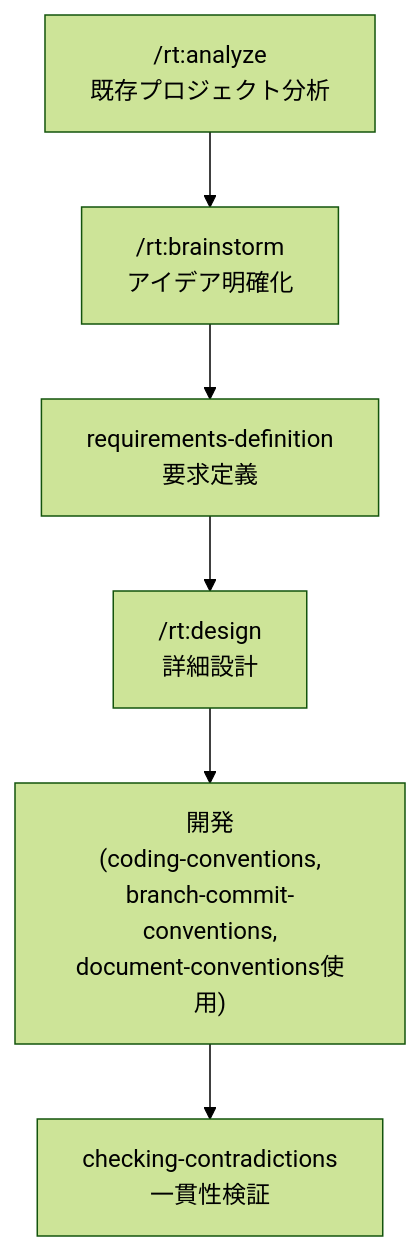
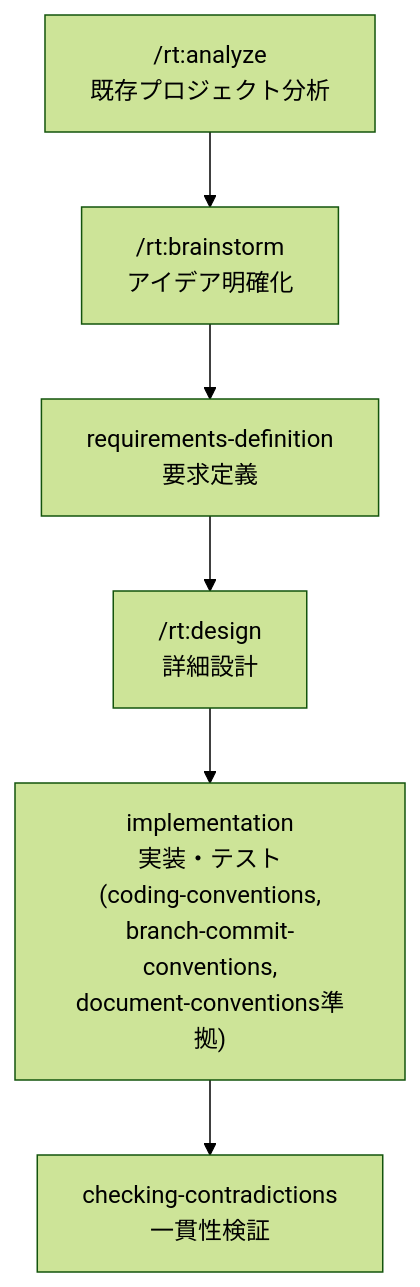
The diagram in README.md (RevTechStudio/PluginMarketplace), drawn with Mermaid (forest theme) before and after one commit. The commit also changed other lines of this file and 3 other files, not shown here.

````diff
--- a/README.md
+++ b/README.md
@@ -63,8 +64,8 @@
 ```mermaid
 graph TD
     A["/rt:analyze<br/>既存プロジェクト分析"] --> B["/rt:brainstorm<br/>アイデア明確化"]
     B --> C["requirements-definition<br/>要求定義"]
     C --> D["/rt:design<br/>詳細設計"]
-    D --> E["開発<br/>(coding-conventions,<br/>branch-commit-conventions,<br/>document-conventions使用)"]
+    D --> E["implementation<br/>実装・テスト<br/>(coding-conventions,<br/>branch-commit-conventions,<br/>document-conventions準拠)"]
     E --> F["checking-contradictions<br/>一貫性検証"]
 ```
````
